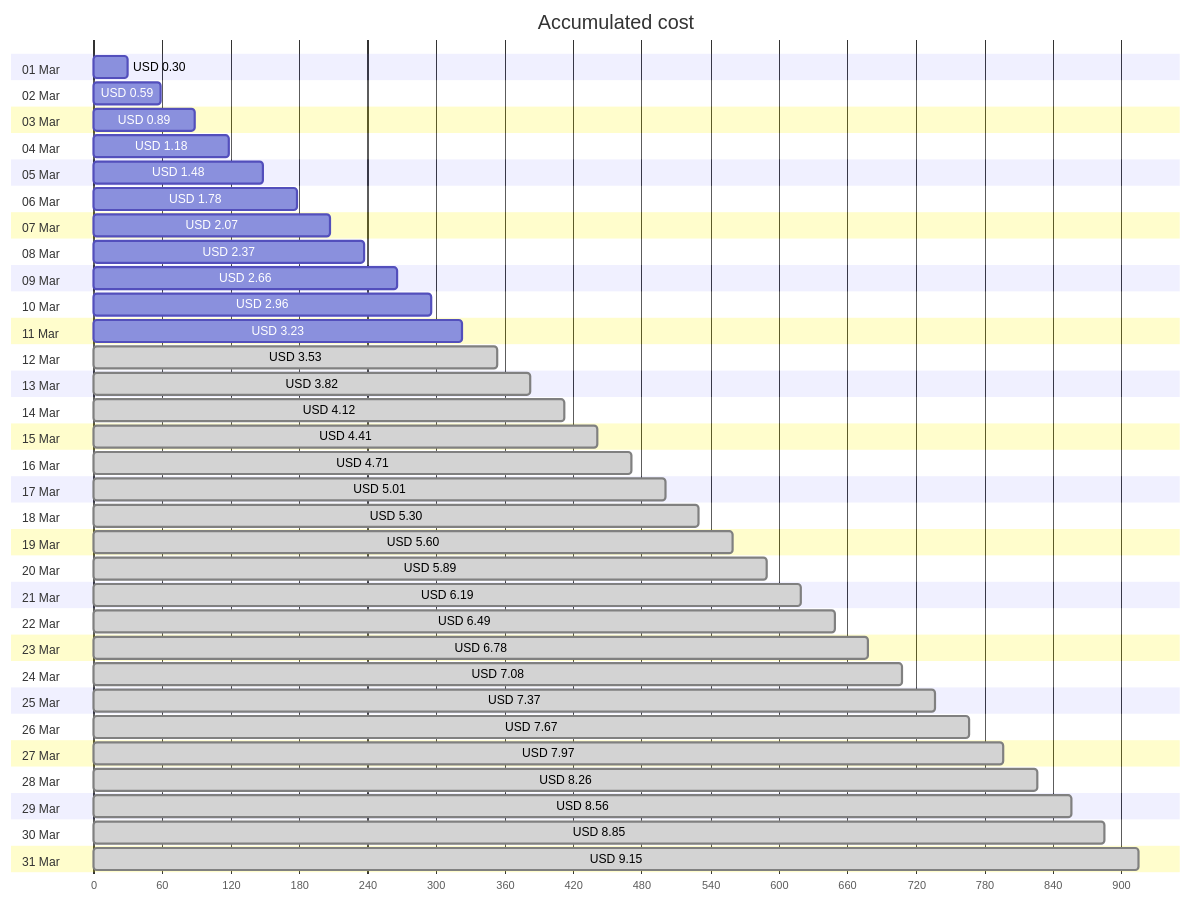
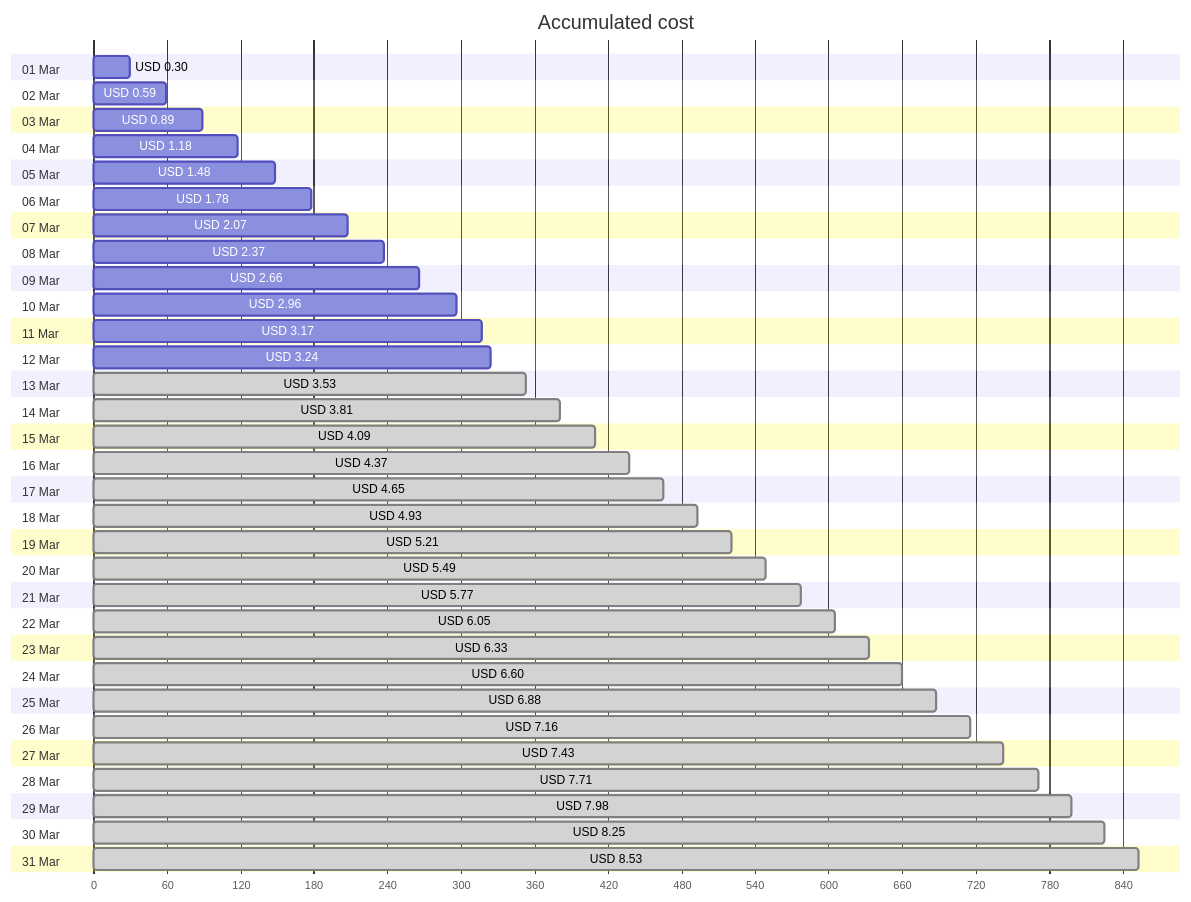
Before and after one commit to jpfulton/azure-personal-reports: the first of 4 diagrams in cost-reports/personal-site/personal-site-preview.md, drawn with Mermaid. The commit also changed other lines of this file and 6 other files, not shown here.

````diff
--- a/cost-reports/personal-site/personal-site-preview.md
+++ b/cost-reports/personal-site/personal-site-preview.md
@@ -20,68 +20,68 @@
 ```mermaid
 gantt
    title Accumulated cost
    dateFormat  X
    axisFormat %s
    section 01 Mar
    USD 0.30 :0, 30
    section 02 Mar
    USD 0.59 :0, 59
    section 03 Mar
    USD 0.89 :0, 89
    section 04 Mar
    USD 1.18 :0, 118
    section 05 Mar
    USD 1.48 :0, 148
    section 06 Mar
    USD 1.78 :0, 178
    section 07 Mar
    USD 2.07 :0, 207
    section 08 Mar
    USD 2.37 :0, 237
    section 09 Mar
    USD 2.66 :0, 266
    section 10 Mar
    USD 2.96 :0, 296
    section 11 Mar
-   USD 3.23 :0, 323
+   USD 3.17 :0, 317
    section 12 Mar
+   USD 3.24 :0, 324
+   section 13 Mar
    USD 3.53 : done, 0, 353
-   section 13 Mar
-   USD 3.82 : done, 0, 382
    section 14 Mar
-   USD 4.12 : done, 0, 412
+   USD 3.81 : done, 0, 381
    section 15 Mar
-   USD 4.41 : done, 0, 441
+   USD 4.09 : done, 0, 409
    section 16 Mar
-   USD 4.71 : done, 0, 471
+   USD 4.37 : done, 0, 437
    section 17 Mar
-   USD 5.01 : done, 0, 501
+   USD 4.65 : done, 0, 465
    section 18 Mar
-   USD 5.30 : done, 0, 530
+   USD 4.93 : done, 0, 493
    section 19 Mar
-   USD 5.60 : done, 0, 560
+   USD 5.21 : done, 0, 521
    section 20 Mar
-   USD 5.89 : done, 0, 589
+   USD 5.49 : done, 0, 549
    section 21 Mar
-   USD 6.19 : done, 0, 619
+   USD 5.77 : done, 0, 577
    section 22 Mar
-   USD 6.49 : done, 0, 649
+   USD 6.05 : done, 0, 605
    section 23 Mar
-   USD 6.78 : done, 0, 678
+   USD 6.33 : done, 0, 633
    section 24 Mar
-   USD 7.08 : done, 0, 708
+   USD 6.60 : done, 0, 660
    section 25 Mar
-   USD 7.37 : done, 0, 737
+   USD 6.88 : done, 0, 688
    section 26 Mar
-   USD 7.67 : done, 0, 767
+   USD 7.16 : done, 0, 716
    section 27 Mar
-   USD 7.97 : done, 0, 797
+   USD 7.43 : done, 0, 743
    section 28 Mar
-   USD 8.26 : done, 0, 826
+   USD 7.71 : done, 0, 771
    section 29 Mar
-   USD 8.56 : done, 0, 856
+   USD 7.98 : done, 0, 798
    section 30 Mar
-   USD 8.85 : done, 0, 885
+   USD 8.25 : done, 0, 825
    section 31 Mar
-   USD 9.15 : done, 0, 915
+   USD 8.53 : done, 0, 853
 ```
````
